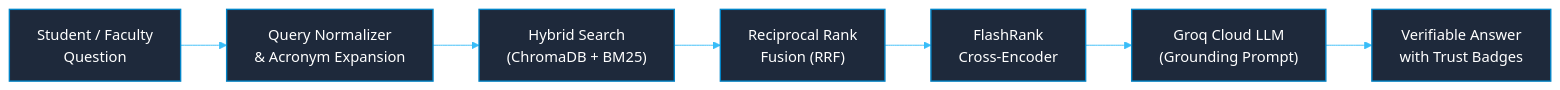
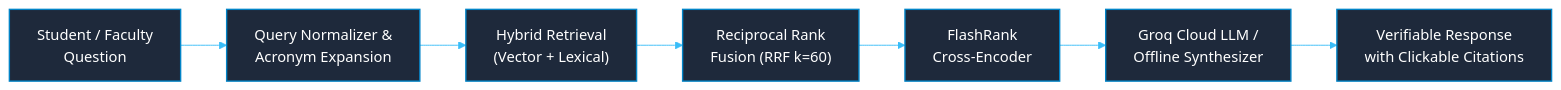
One commit to abhay-patil-cse27/concord-ikms changed the second of 2 diagrams in docs/VIVA_PRESENTATION_GUIDE.md. Above: the diagram before and after it, drawn with Mermaid. The commit also changed other lines of this file, not shown here.

Commit message:
docs: update and format docs/VIVA_PRESENTATION_GUIDE.md with walkthrough table and high-contrast mermaid diagrams

````diff
--- a/docs/VIVA_PRESENTATION_GUIDE.md
+++ b/docs/VIVA_PRESENTATION_GUIDE.md
@@ -52,12 +54,12 @@
 ```mermaid
 %%{init: {'theme': 'base', 'themeVariables': { 'primaryColor': '#0284c7', 'primaryTextColor': '#ffffff', 'primaryBorderColor': '#0369a1', 'lineColor': '#38bdf8', 'secondaryColor': '#0f172a', 'tertiaryColor': '#1e293b', 'fontFamily': 'Inter, sans-serif'}}}%%
 flowchart LR
-    Q["Student / Faculty<br/>Question"] --> N["Query Normalizer<br/>& Acronym Expansion"]
-    N --> H["Hybrid Search<br/>(ChromaDB + BM25)"]
-    H --> RRF["Reciprocal Rank<br/>Fusion (RRF)"]
+    Q["Student / Faculty<br/>Question"] --> N["Query Normalizer &<br/>Acronym Expansion"]
+    N --> H["Hybrid Retrieval<br/>(Vector + Lexical)"]
+    H --> RRF["Reciprocal Rank<br/>Fusion (RRF k=60)"]
     RRF --> CE["FlashRank<br/>Cross-Encoder"]
-    CE --> LLM["Groq Cloud LLM<br/>(Grounding Prompt)"]
-    LLM --> A["Verifiable Answer<br/>with Trust Badges"]
+    CE --> LLM["Groq Cloud LLM /<br/>Offline Synthesizer"]
+    LLM --> A["Verifiable Response<br/>with Clickable Citations"]
 
     classDef default fill:#1e293b,stroke:#0284c7,stroke-width:1.5px,color:#ffffff;
 ```
````
